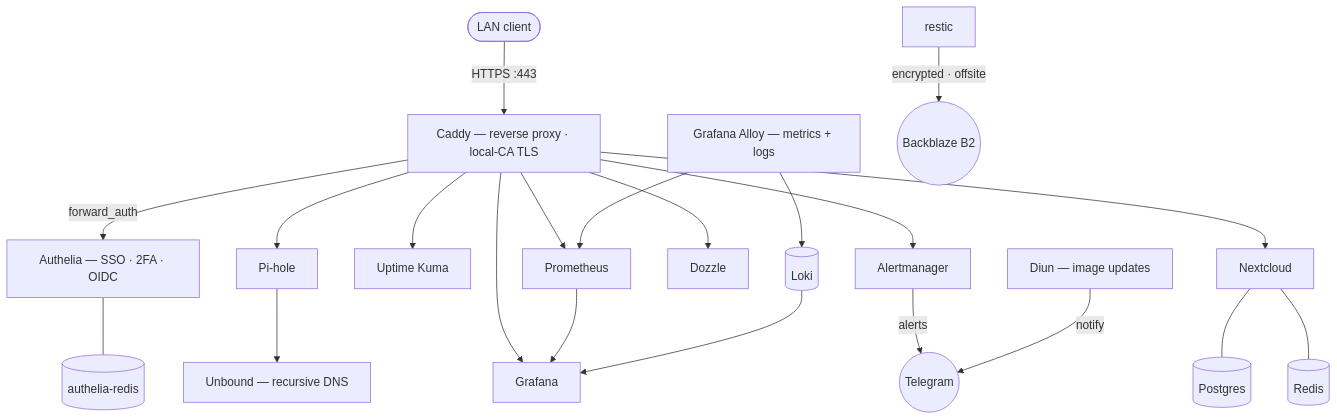
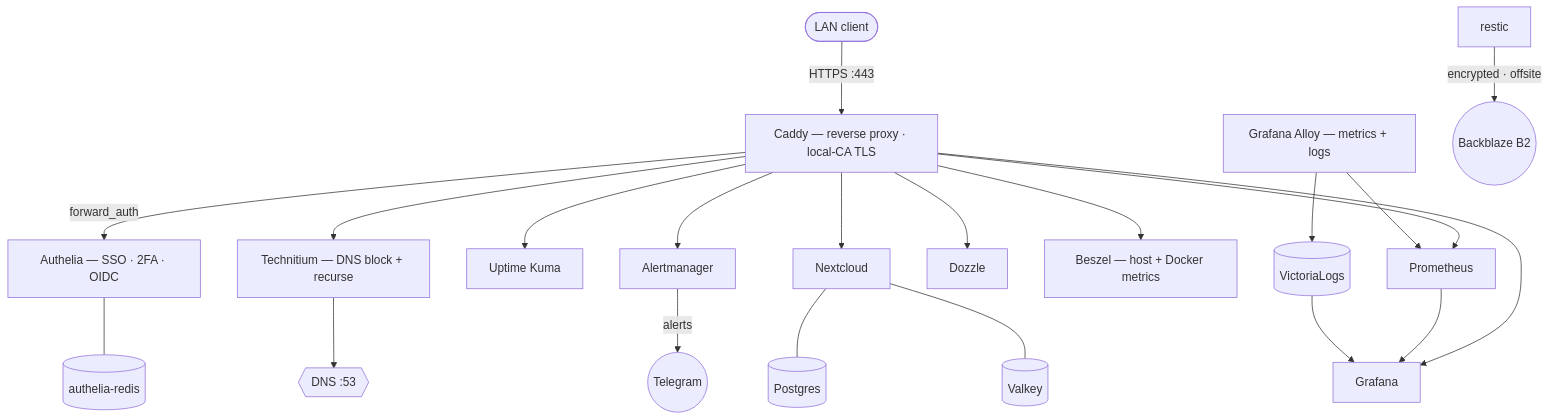
The diagram in README.md (RusakRule1/homelab), drawn with Mermaid before and after one commit. The commit also changed other lines of this file and 26 other files, not shown here.

Commit message:
refactor: migrate to Technitium DNS + Beszel; drop pihole/diun/loki

````diff
--- a/README.md
+++ b/README.md
@@ -16,26 +16,26 @@
 ```mermaid
 flowchart TB
     client([LAN client]) -->|HTTPS :443| caddy[Caddy — reverse proxy · local-CA TLS]
     caddy -->|forward_auth| authelia[Authelia — SSO · 2FA · OIDC]
     authelia --- aredis[(authelia-redis)]
 
-    caddy --> pihole[Pi-hole] --> unbound[Unbound — recursive DNS]
+    caddy --> technitium[Technitium — DNS block + recurse] --> dns53{{DNS :53}}
     caddy --> kuma[Uptime Kuma]
     caddy --> prom[Prometheus]
     caddy --> alertmgr[Alertmanager]
     caddy --> dozzle[Dozzle]
+    caddy --> beszel[Beszel — host + Docker metrics]
 
     caddy --> nextcloud[Nextcloud]
     caddy --> grafana[Grafana]
     nextcloud --- pg[(Postgres)]
-    nextcloud --- ncredis[(Redis)]
+    nextcloud --- ncvalkey[(Valkey)]
 
     alloy[Grafana Alloy — metrics + logs] --> prom
-    alloy --> loki[(Loki)]
+    alloy --> vlogs[(VictoriaLogs)]
     prom --> grafana
-    loki --> grafana
+    vlogs --> grafana
 
     alertmgr -->|alerts| tg((Telegram))
-    diun[Diun — image updates] -->|notify| tg
     restic[restic] -->|encrypted · offsite| b2((Backblaze B2))
 ```
````
